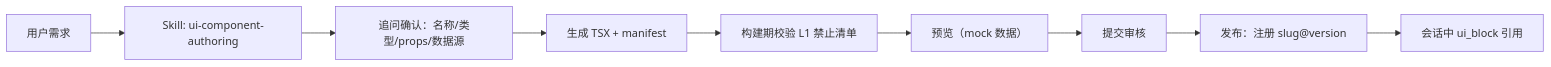
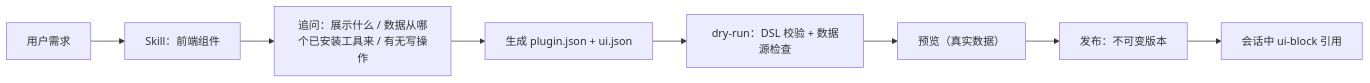
One commit to wenshin/workagent changed the eighth of 10 diagrams in docs/技术方案.md. Above: the diagram before and after it, drawn with Mermaid. The commit also changed other lines of this file and 6 other files, not shown here.

````diff
--- a/docs/技术方案.md
+++ b/docs/技术方案.md
@@ -741,11 +762,10 @@
 ```mermaid
 flowchart LR
-    REQ["用户需求"] --> SKILL["Skill: ui-component-authoring"]
-    SKILL --> ASK["追问确认：名称/类型/props/数据源"]
-    ASK --> GEN["生成 TSX + manifest"]
-    GEN --> LINT["构建期校验 L1 禁止清单"]
-    LINT --> PREVIEW["预览（mock 数据）"]
-    PREVIEW --> REVIEW["提交审核"]
-    REVIEW --> PUB["发布：注册 slug@version"]
-    PUB --> USE["会话中 ui_block 引用"]
+    REQ["用户需求"] --> SKILL["Skill：前端组件"]
+    SKILL --> ASK["追问：展示什么 / 数据从哪个已安装工具来 / 有无写操作"]
+    ASK --> GEN["生成 plugin.json + ui.json"]
+    GEN --> DRY["dry-run：DSL 校验 + 数据源检查"]
+    DRY --> PREVIEW["预览（真实数据）"]
+    PREVIEW --> PUB["发布：不可变版本"]
+    PUB --> USE["会话中 ui-block 引用"]
 ```
````
